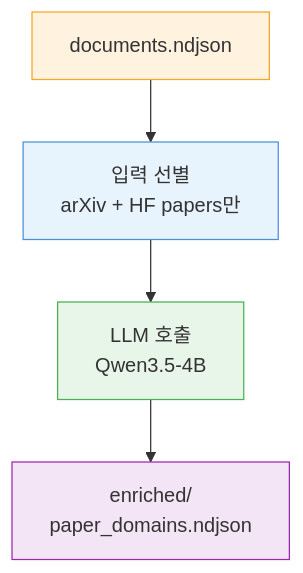
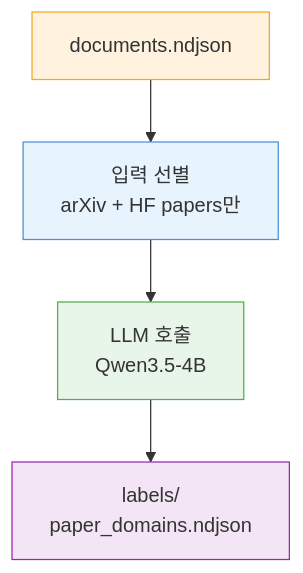
The third of 3 diagrams in docs/04_llm_usage.md (sparkorbit/sparkorbit), drawn with Mermaid before and after one commit. The commit also changed other lines of this file and 13 other files, not shown here.

First line of the commit message:
Rename enriched/ to labels/ and update output filenames

````diff
--- a/docs/04_llm_usage.md
+++ b/docs/04_llm_usage.md
@@ -256,11 +256,11 @@
 ```mermaid
 flowchart TD
     A["documents.ndjson"] --> B["입력 선별\narXiv + HF papers만"]
     B --> C["LLM 호출\nQwen3.5-4B"]
-    C --> D["enriched/\npaper_domains.ndjson"]
+    C --> D["labels/\npaper_domains.ndjson"]
 
     style A fill:#fff3e0,stroke:#f5a623
     style B fill:#e8f4fd,stroke:#4a90d9
     style C fill:#e8f5e9,stroke:#4caf50
     style D fill:#f3e5f5,stroke:#9c27b0
 ```
````
